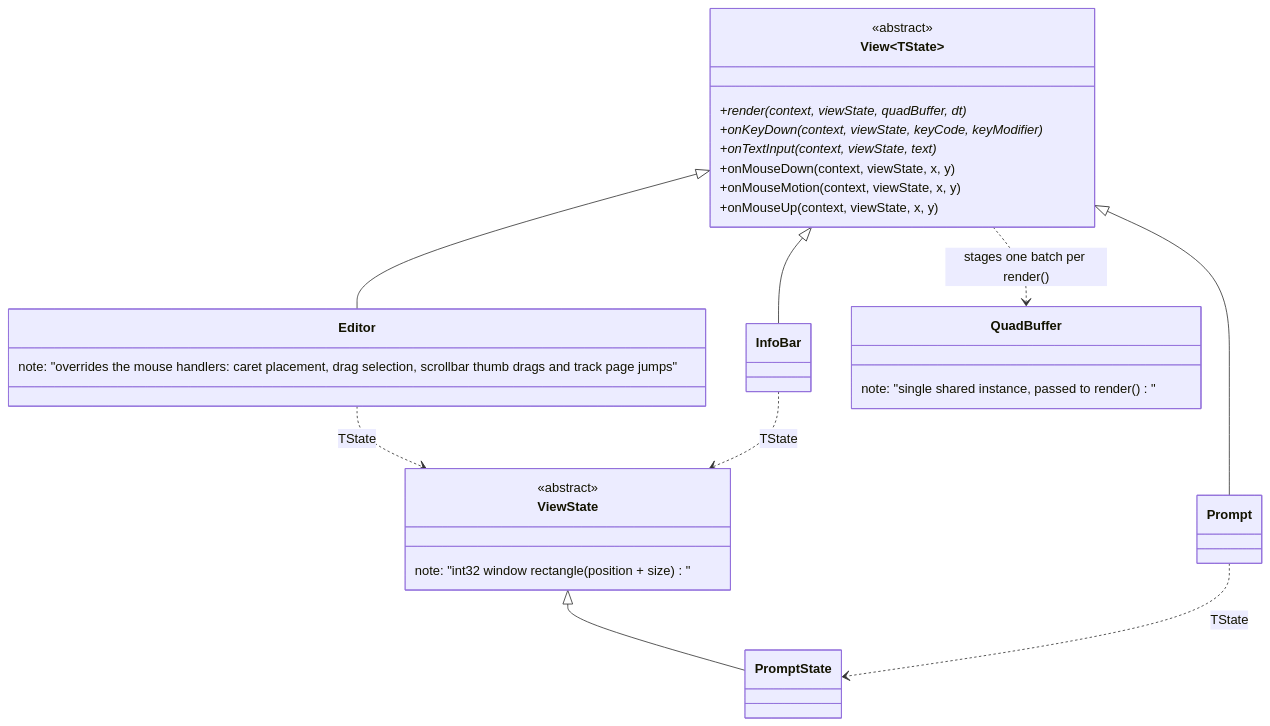
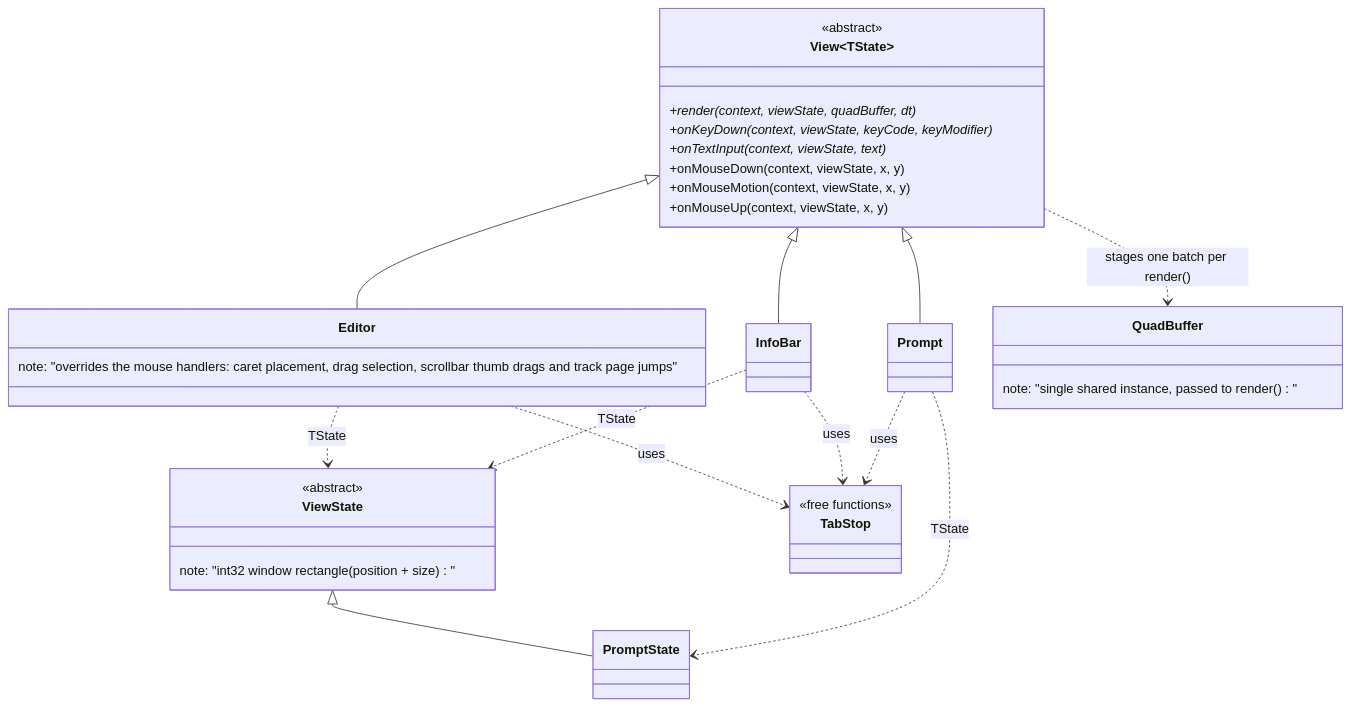
Before and after one commit to notnotme/bbloc: the eighth of 10 diagrams in docs/class_diagram.md, drawn with Mermaid. The commit also changed other lines of this file and 10 other files, not shown here.

````diff
--- a/docs/class_diagram.md
+++ b/docs/class_diagram.md
@@ -230,34 +234,40 @@
 ```mermaid
 classDiagram
     class ViewState {
         <<abstract>>
         note: "int32 window rectangle (position + size)"
     }
     class PromptState
     class View~TState~ {
         <<abstract>>
         +render(context, viewState, quadBuffer, dt)*
         +onKeyDown(context, viewState, keyCode, keyModifier)*
         +onTextInput(context, viewState, text)*
         +onMouseDown(context, viewState, x, y)
         +onMouseMotion(context, viewState, x, y)
         +onMouseUp(context, viewState, x, y)
     }
     class Editor {
         note: "overrides the mouse handlers: caret placement, drag selection, scrollbar thumb drags and track page jumps"
     }
     class InfoBar
     class Prompt
     class QuadBuffer {
         note: "single shared instance, passed to render()"
     }
+    class TabStop {
+        <<free functions>>
+    }
 
     ViewState <|-- PromptState
     View~TState~ <|-- Editor
     View~TState~ <|-- InfoBar
     View~TState~ <|-- Prompt
     Editor ..> ViewState : TState
     InfoBar ..> ViewState : TState
     Prompt ..> PromptState : TState
     View~TState~ ..> QuadBuffer : stages one batch per render()
+    Editor ..> TabStop : uses
+    InfoBar ..> TabStop : uses
+    Prompt ..> TabStop : uses
 ```
````
